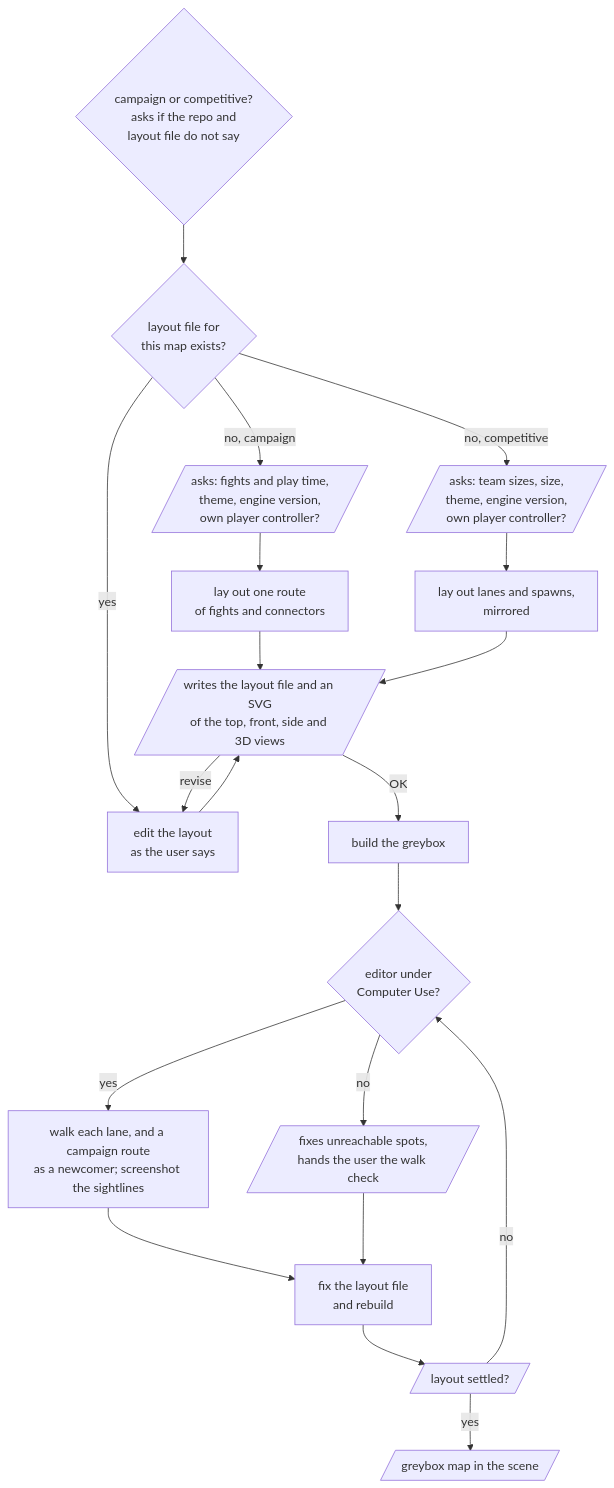
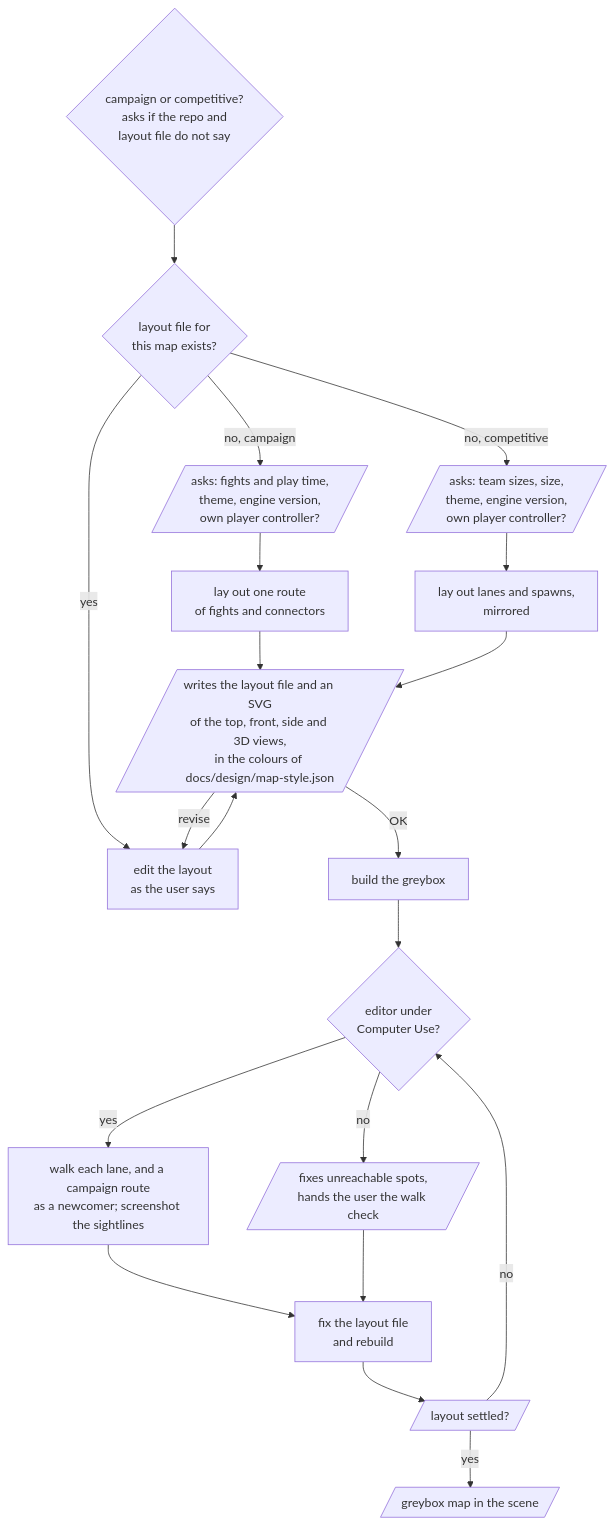
Before and after one commit to omni-stove/skill-kit: the diagram in domains/game/skills/shooter-map/README.md, drawn with Mermaid. The commit also changed 19 other files, not shown here.

````diff
--- a/domains/game/skills/shooter-map/README.md
+++ b/domains/game/skills/shooter-map/README.md
@@ -3,23 +3,23 @@
 ```mermaid
 flowchart TD
   mode{campaign or competitive?<br/>asks if the repo and<br/>layout file do not say}
   mode --> exists{layout file for<br/>this map exists?}
   exists -- "no, campaign" --> askc[/asks: fights and play time,<br/>theme, engine version,<br/>own player controller?/]
   exists -- "no, competitive" --> askp[/asks: team sizes, size,<br/>theme, engine version,<br/>own player controller?/]
   askc --> layoutc[lay out one route<br/>of fights and connectors]
   askp --> layoutp[lay out lanes and spawns,<br/>mirrored]
   layoutc --> top
   layoutp --> top
   exists -- "yes" --> edit[edit the layout<br/>as the user says]
-  edit --> top[/writes the layout file and an SVG<br/>of the top, front, side and 3D views/]
+  edit --> top[/writes the layout file and an SVG<br/>of the top, front, side and 3D views,<br/>in the colours of docs/design/map-style.json/]
   top -- "revise" --> edit
   top -- "OK" --> build[build the greybox]
   build --> how{editor under<br/>Computer Use?}
   how -- "yes" --> walk[walk each lane, and a campaign route<br/>as a newcomer; screenshot the sightlines]
   how -- "no" --> hand[/fixes unreachable spots,<br/>hands the user the walk check/]
   walk --> fix[fix the layout file<br/>and rebuild]
   hand --> fix
   fix --> settled[/layout settled?/]
   settled -- "no" --> how
   settled -- "yes" --> done[/greybox map in the scene/]
 ```
````
